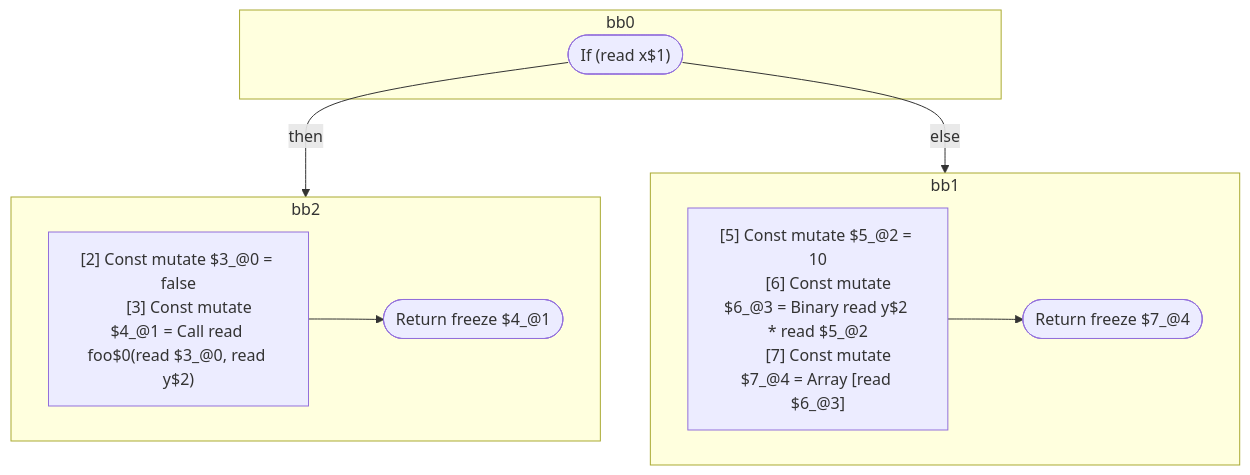
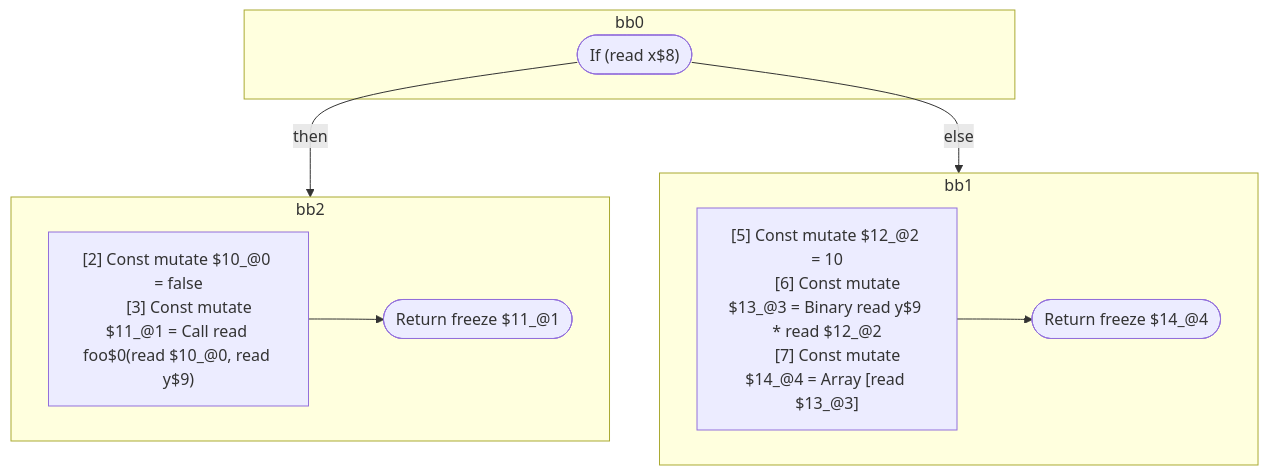
One commit to wutsmog/private changed the diagram in compiler/forget/src/__tests__/fixtures/hir/simple.expect.md. Above: the diagram before and after it, drawn with Mermaid. The commit also changed other lines of this file and 59 other files, not shown here.

````diff
--- a/compiler/forget/src/__tests__/fixtures/hir/simple.expect.md
+++ b/compiler/forget/src/__tests__/fixtures/hir/simple.expect.md
@@ -34,27 +34,27 @@
 ```mermaid
 flowchart TB
   %% Basic Blocks
   subgraph bb0
-    bb0_terminal(["If (read x$1)"])
+    bb0_terminal(["If (read x$8)"])
   end
   subgraph bb2
     bb2_instrs["
-      [2] Const mutate $3_@0 = false
-      [3] Const mutate $4_@1 = Call read foo$0(read $3_@0, read y$2)
+      [2] Const mutate $10_@0 = false
+      [3] Const mutate $11_@1 = Call read foo$0(read $10_@0, read y$9)
     "]
-    bb2_instrs --> bb2_terminal(["Return freeze $4_@1"])
+    bb2_instrs --> bb2_terminal(["Return freeze $11_@1"])
   end
   subgraph bb1
     bb1_instrs["
-      [5] Const mutate $5_@2 = 10
-      [6] Const mutate $6_@3 = Binary read y$2 * read $5_@2
-      [7] Const mutate $7_@4 = Array [read $6_@3]
+      [5] Const mutate $12_@2 = 10
+      [6] Const mutate $13_@3 = Binary read y$9 * read $12_@2
+      [7] Const mutate $14_@4 = Array [read $13_@3]
     "]
-    bb1_instrs --> bb1_terminal(["Return freeze $7_@4"])
+    bb1_instrs --> bb1_terminal(["Return freeze $14_@4"])
   end
 
   %% Jumps
   bb0_terminal -- "then" --> bb2
   bb0_terminal -- "else" --> bb1
 
 ```
````
